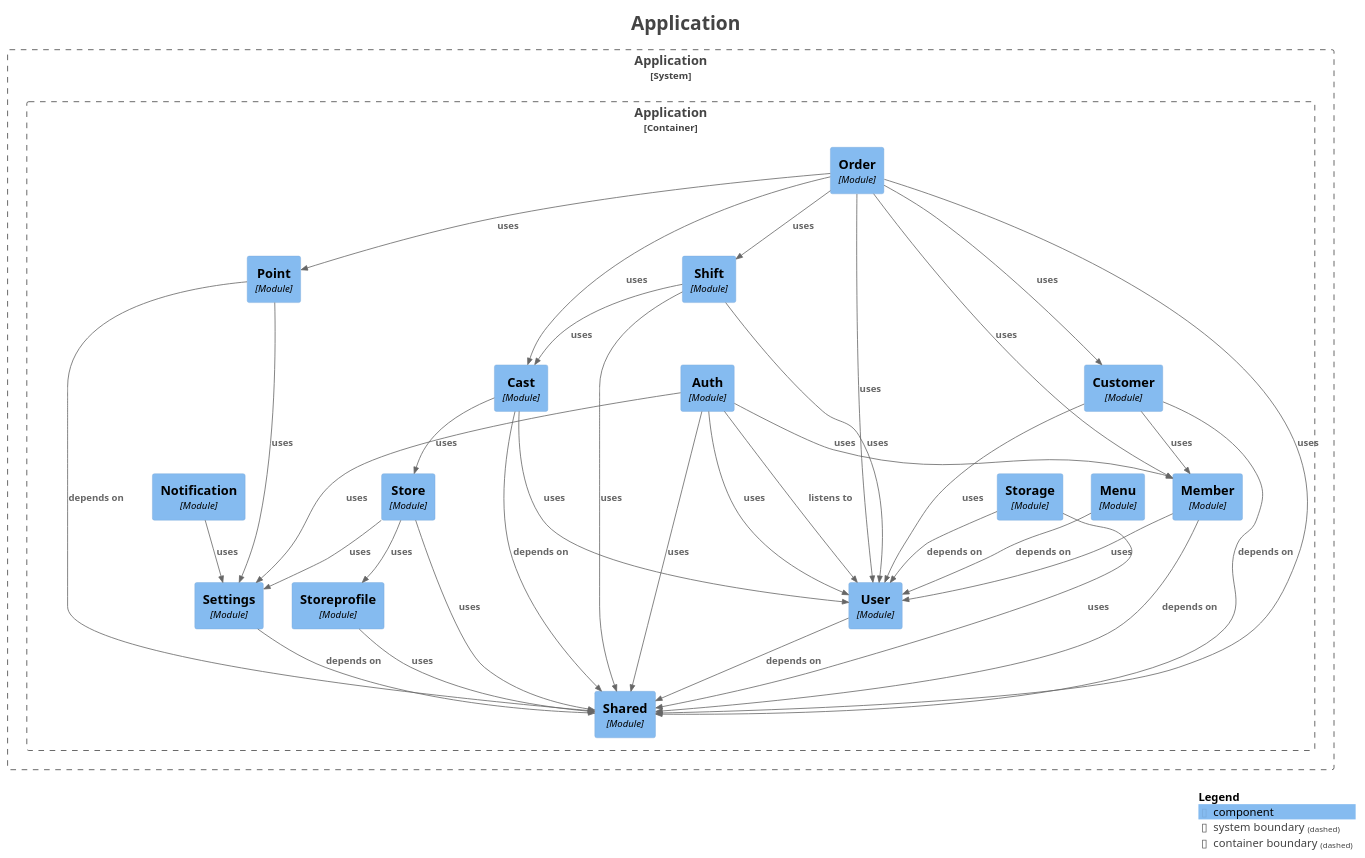
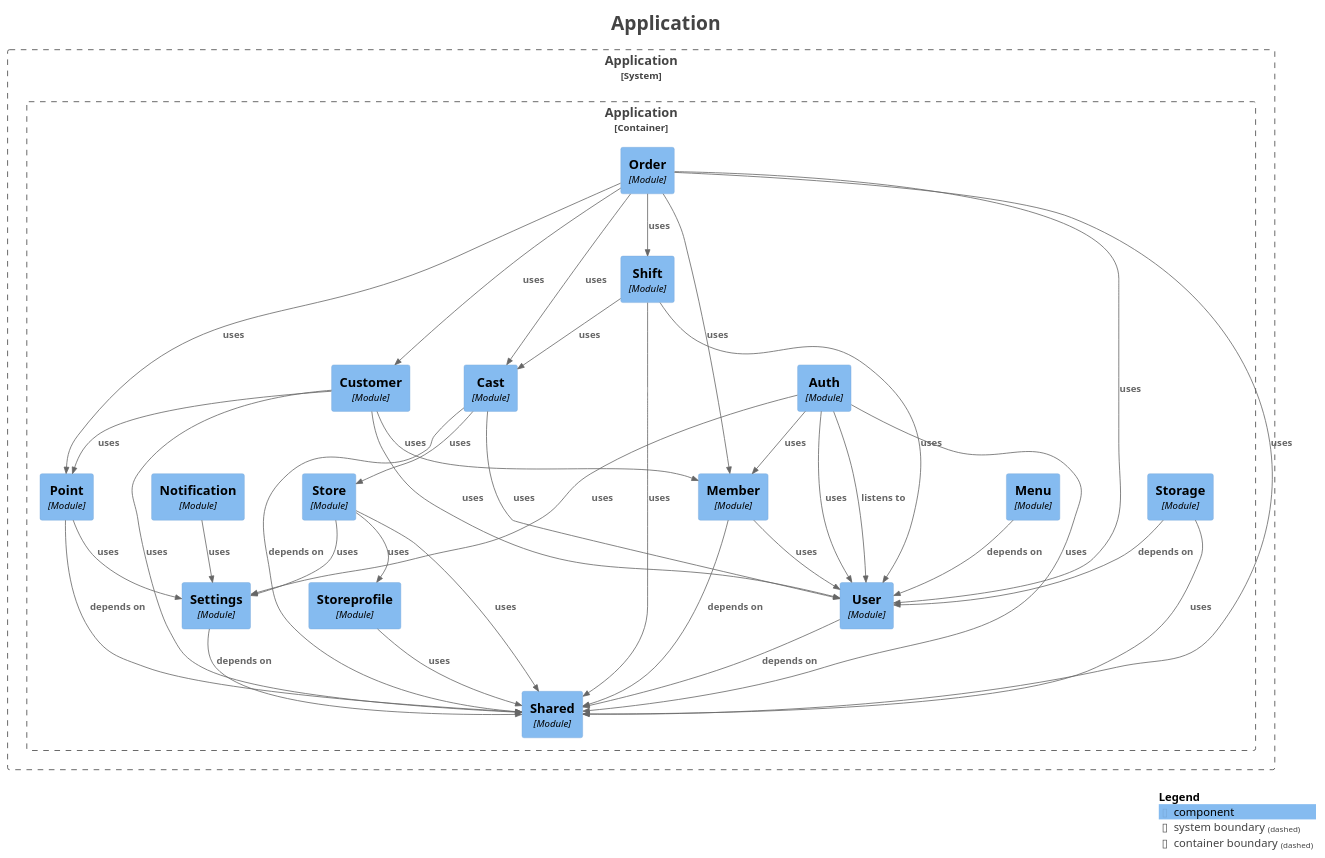
The diagram in backend/docs/modulith/components.puml (kanghouchao/Kizuna), drawn with PlantUML before and after one commit. The commit also changed 23 other files, not shown here.

```diff
--- a/backend/docs/modulith/components.puml
+++ b/backend/docs/modulith/components.puml
@@ -1,77 +1,78 @@
 @startuml
 title <size:24>Application</size>
 
 set separator none
 top to bottom direction
 
 <style>
   root {
     BackgroundColor: #ffffff
     FontColor: #444444
   }
 </style>
 
 !include <C4/C4>
 !include <C4/C4_Context>
 !include <C4/C4_Component>
 
 System_Boundary("Application_boundary", "Application", $tags="") {
   Container_Boundary("Application.Application_boundary", "Application", $tags="") {
     Component(Application.Application.Point, "Point", $techn="Module", $descr="", $tags="", $link="")
     Component(Application.Application.Storage, "Storage", $techn="Module", $descr="", $tags="", $link="")
     Component(Application.Application.Store, "Store", $techn="Module", $descr="", $tags="", $link="")
     Component(Application.Application.Auth, "Auth", $techn="Module", $descr="", $tags="", $link="")
     Component(Application.Application.Cast, "Cast", $techn="Module", $descr="", $tags="", $link="")
     Component(Application.Application.Customer, "Customer", $techn="Module", $descr="", $tags="", $link="")
     Component(Application.Application.Shift, "Shift", $techn="Module", $descr="", $tags="", $link="")
     Component(Application.Application.Order, "Order", $techn="Module", $descr="", $tags="", $link="")
     Component(Application.Application.Shared, "Shared", $techn="Module", $descr="", $tags="", $link="")
     Component(Application.Application.Settings, "Settings", $techn="Module", $descr="", $tags="", $link="")
     Component(Application.Application.Storeprofile, "Storeprofile", $techn="Module", $descr="", $tags="", $link="")
     Component(Application.Application.User, "User", $techn="Module", $descr="", $tags="", $link="")
     Component(Application.Application.Member, "Member", $techn="Module", $descr="", $tags="", $link="")
     Component(Application.Application.Menu, "Menu", $techn="Module", $descr="", $tags="", $link="")
     Component(Application.Application.Notification, "Notification", $techn="Module", $descr="", $tags="", $link="")
   }
 
 }
 
 Rel(Application.Application.Menu, Application.Application.User, "depends on", $techn="", $tags="", $link="")
-Rel(Application.Application.Notification, Application.Application.Settings, "uses", $techn="", $tags="", $link="")
-Rel(Application.Application.Store, Application.Application.Storeprofile, "uses", $techn="", $tags="", $link="")
-Rel(Application.Application.Store, Application.Application.Settings, "uses", $techn="", $tags="", $link="")
-Rel(Application.Application.Store, Application.Application.Shared, "uses", $techn="", $tags="", $link="")
-Rel(Application.Application.Storage, Application.Application.User, "depends on", $techn="", $tags="", $link="")
-Rel(Application.Application.Storage, Application.Application.Shared, "uses", $techn="", $tags="", $link="")
+Rel(Application.Application.Customer, Application.Application.Member, "uses", $techn="", $tags="", $link="")
+Rel(Application.Application.Customer, Application.Application.User, "uses", $techn="", $tags="", $link="")
+Rel(Application.Application.Customer, Application.Application.Point, "uses", $techn="", $tags="", $link="")
+Rel(Application.Application.Customer, Application.Application.Shared, "uses", $techn="", $tags="", $link="")
+Rel(Application.Application.Shift, Application.Application.User, "uses", $techn="", $tags="", $link="")
+Rel(Application.Application.Shift, Application.Application.Cast, "uses", $techn="", $tags="", $link="")
+Rel(Application.Application.Shift, Application.Application.Shared, "uses", $techn="", $tags="", $link="")
+Rel(Application.Application.Settings, Application.Application.Shared, "depends on", $techn="", $tags="", $link="")
+Rel(Application.Application.Member, Application.Application.Shared, "depends on", $techn="", $tags="", $link="")
+Rel(Application.Application.Member, Application.Application.User, "uses", $techn="", $tags="", $link="")
 Rel(Application.Application.User, Application.Application.Shared, "depends on", $techn="", $tags="", $link="")
-Rel(Application.Application.Point, Application.Application.Shared, "depends on", $techn="", $tags="", $link="")
-Rel(Application.Application.Point, Application.Application.Settings, "uses", $techn="", $tags="", $link="")
 Rel(Application.Application.Auth, Application.Application.User, "listens to", $techn="", $tags="", $link="")
 Rel(Application.Application.Auth, Application.Application.User, "uses", $techn="", $tags="", $link="")
 Rel(Application.Application.Auth, Application.Application.Member, "uses", $techn="", $tags="", $link="")
 Rel(Application.Application.Auth, Application.Application.Shared, "uses", $techn="", $tags="", $link="")
 Rel(Application.Application.Auth, Application.Application.Settings, "uses", $techn="", $tags="", $link="")
-Rel(Application.Application.Cast, Application.Application.Shared, "depends on", $techn="", $tags="", $link="")
-Rel(Application.Application.Cast, Application.Application.User, "uses", $techn="", $tags="", $link="")
-Rel(Application.Application.Cast, Application.Application.Store, "uses", $techn="", $tags="", $link="")
+Rel(Application.Application.Storeprofile, Application.Application.Shared, "uses", $techn="", $tags="", $link="")
 Rel(Application.Application.Order, Application.Application.Customer, "uses", $techn="", $tags="", $link="")
 Rel(Application.Application.Order, Application.Application.User, "uses", $techn="", $tags="", $link="")
 Rel(Application.Application.Order, Application.Application.Member, "uses", $techn="", $tags="", $link="")
 Rel(Application.Application.Order, Application.Application.Shift, "uses", $techn="", $tags="", $link="")
 Rel(Application.Application.Order, Application.Application.Shared, "uses", $techn="", $tags="", $link="")
 Rel(Application.Application.Order, Application.Application.Cast, "uses", $techn="", $tags="", $link="")
 Rel(Application.Application.Order, Application.Application.Point, "uses", $techn="", $tags="", $link="")
-Rel(Application.Application.Settings, Application.Application.Shared, "depends on", $techn="", $tags="", $link="")
-Rel(Application.Application.Shift, Application.Application.User, "uses", $techn="", $tags="", $link="")
-Rel(Application.Application.Shift, Application.Application.Cast, "uses", $techn="", $tags="", $link="")
-Rel(Application.Application.Shift, Application.Application.Shared, "uses", $techn="", $tags="", $link="")
-Rel(Application.Application.Storeprofile, Application.Application.Shared, "uses", $techn="", $tags="", $link="")
-Rel(Application.Application.Member, Application.Application.Shared, "depends on", $techn="", $tags="", $link="")
-Rel(Application.Application.Member, Application.Application.User, "uses", $techn="", $tags="", $link="")
-Rel(Application.Application.Customer, Application.Application.Shared, "depends on", $techn="", $tags="", $link="")
-Rel(Application.Application.Customer, Application.Application.Member, "uses", $techn="", $tags="", $link="")
-Rel(Application.Application.Customer, Application.Application.User, "uses", $techn="", $tags="", $link="")
+Rel(Application.Application.Notification, Application.Application.Settings, "uses", $techn="", $tags="", $link="")
+Rel(Application.Application.Cast, Application.Application.Shared, "depends on", $techn="", $tags="", $link="")
+Rel(Application.Application.Cast, Application.Application.User, "uses", $techn="", $tags="", $link="")
+Rel(Application.Application.Cast, Application.Application.Store, "uses", $techn="", $tags="", $link="")
+Rel(Application.Application.Point, Application.Application.Shared, "depends on", $techn="", $tags="", $link="")
+Rel(Application.Application.Point, Application.Application.Settings, "uses", $techn="", $tags="", $link="")
+Rel(Application.Application.Store, Application.Application.Storeprofile, "uses", $techn="", $tags="", $link="")
+Rel(Application.Application.Store, Application.Application.Settings, "uses", $techn="", $tags="", $link="")
+Rel(Application.Application.Store, Application.Application.Shared, "uses", $techn="", $tags="", $link="")
+Rel(Application.Application.Storage, Application.Application.User, "depends on", $techn="", $tags="", $link="")
+Rel(Application.Application.Storage, Application.Application.Shared, "uses", $techn="", $tags="", $link="")
 
 SHOW_LEGEND(true)
 hide stereotypes
 @enduml
```
